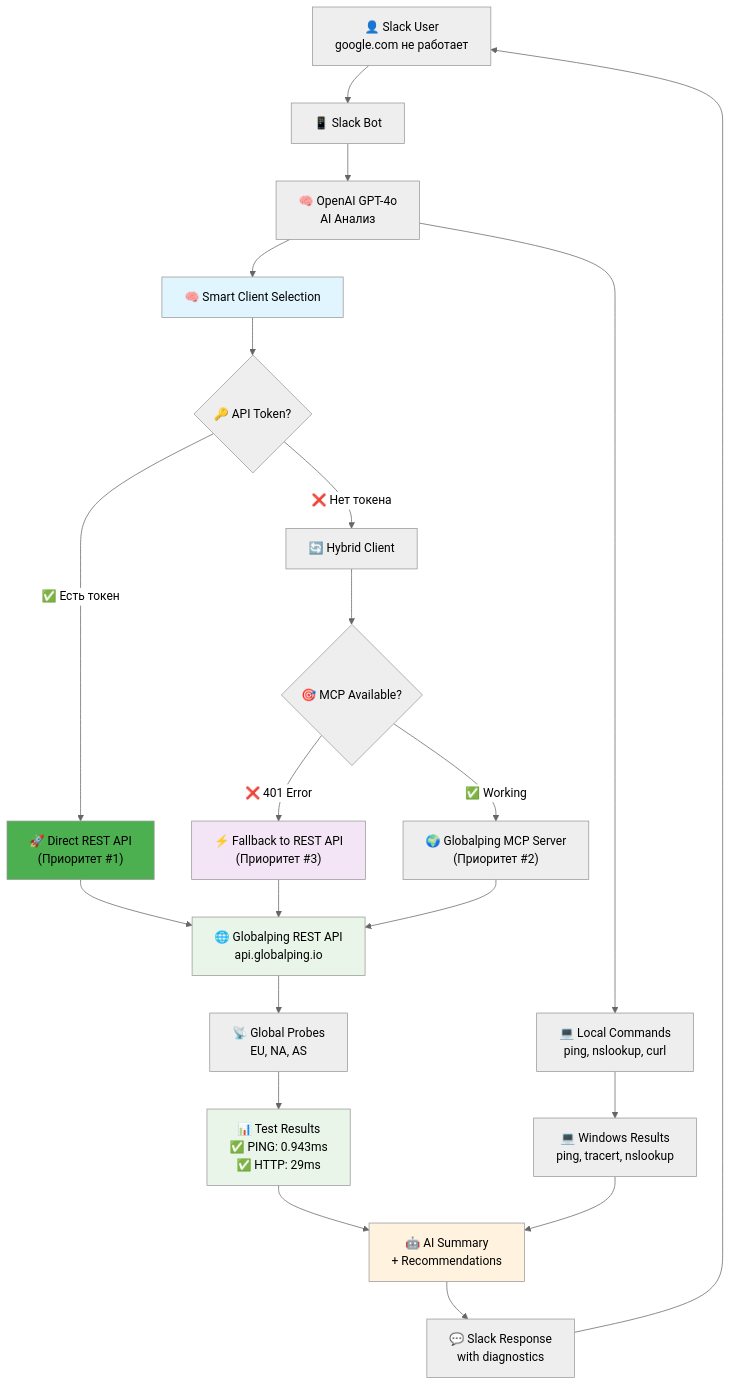
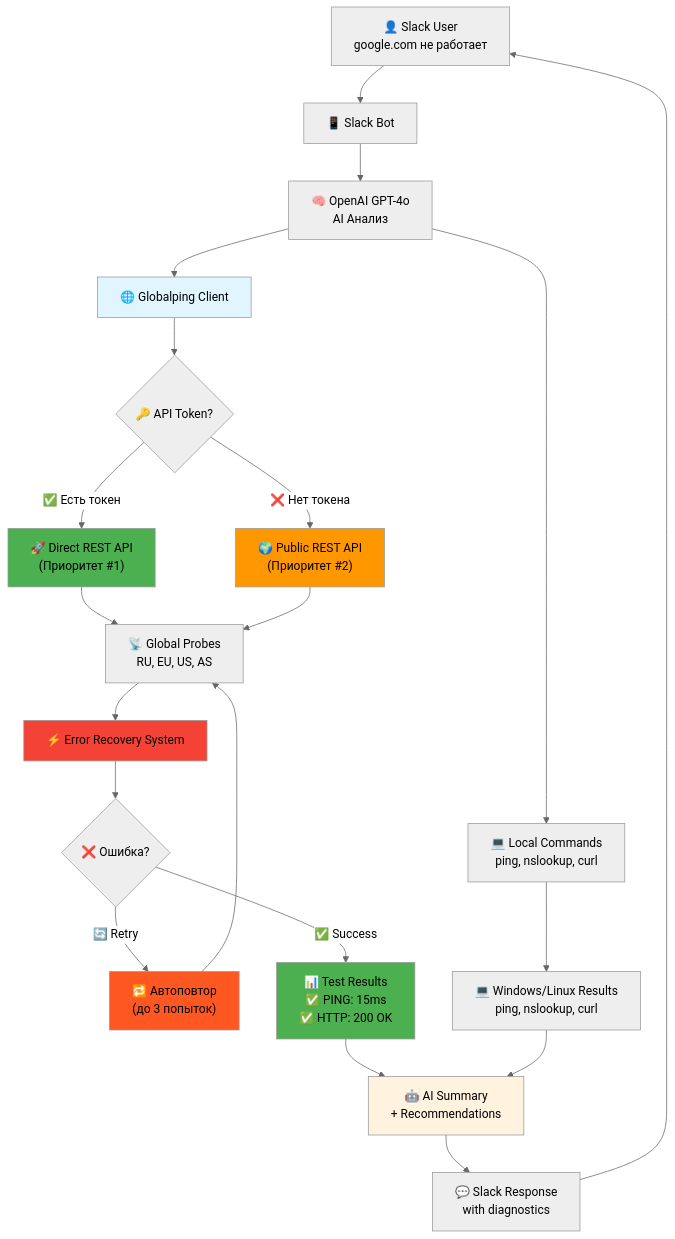
One commit to 2naive/slack-ai-bot changed the diagram in README.md. Above: the diagram before and after it, drawn with Mermaid (neutral theme). The commit also changed other lines of this file and 11 other files, not shown here.

````diff
--- a/README.md
+++ b/README.md
@@ -123,37 +117,37 @@
 ```mermaid
 graph TD
     A["👤 Slack User<br/>google.com не работает"] --> B["📱 Slack Bot"]
     B --> C["🧠 OpenAI GPT-4o<br/>AI Анализ"]
     C --> D["💻 Local Commands<br/>ping, nslookup, curl"]
-    C --> E["🧠 Smart Client Selection"]
+    C --> E["🌐 Globalping Client"]
     
     E --> F{"🔑 API Token?"}
     F -->|"✅ Есть токен"| G["🚀 Direct REST API<br/>(Приоритет #1)"]
-    F -->|"❌ Нет токена"| H["🔄 Hybrid Client"]
+    F -->|"❌ Нет токена"| H["🌍 Public REST API<br/>(Приоритет #2)"]
     
-    H --> I{"🎯 MCP Available?"}
-    I -->|"❌ 401 Error"| J["⚡ Fallback to REST API<br/>(Приоритет #3)"]
-    I -->|"✅ Working"| K["🌍 Globalping MCP Server<br/>(Приоритет #2)"]
+    G --> I["📡 Global Probes<br/>RU, EU, US, AS"]
+    H --> I
     
-    G --> L["🌐 Globalping REST API<br/>api.globalping.io"]
-    J --> L
-    K --> L
+    I --> J["⚡ Error Recovery System"]
+    J --> K{"❌ Ошибка?"}
+    K -->|"🔄 Retry"| L["🔁 Автоповтор<br/>(до 3 попыток)"]
+    K -->|"✅ Success"| M["📊 Test Results<br/>✅ PING: 15ms<br/>✅ HTTP: 200 OK"]
     
-    L --> M["📡 Global Probes<br/>EU, NA, AS"]
-    M --> N["📊 Test Results<br/>✅ PING: 0.943ms<br/>✅ HTTP: 29ms"]
+    L --> I
     
-    D --> O["💻 Windows Results<br/>ping, tracert, nslookup"]
+    D --> N["💻 Windows/Linux Results<br/>ping, nslookup, curl"]
     
-    N --> P["🤖 AI Summary<br/>+ Recommendations"]
-    O --> P
+    M --> O["🤖 AI Summary<br/>+ Recommendations"]
+    N --> O
     
-    P --> Q["💬 Slack Response<br/>with diagnostics"]
-    Q --> A
+    O --> P["💬 Slack Response<br/>with diagnostics"]
+    P --> A
     
     style E fill:#e1f5fe
     style G fill:#4caf50
-    style J fill:#f3e5f5
-    style L fill:#e8f5e8
-    style N fill:#e8f5e8
-    style P fill:#fff3e0
+    style H fill:#ff9800
+    style J fill:#f44336
+    style L fill:#ff5722
+    style M fill:#4caf50
+    style O fill:#fff3e0
 ```
````
